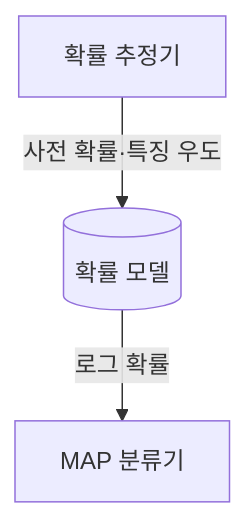
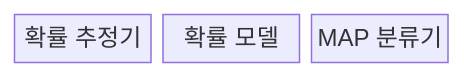
The first of 2 diagrams in src/content/docs/notes/01-basic-theory/051_naive_bayes.md (agnusdei1207/knowledge-base), drawn with Mermaid before and after one commit. The commit also changed other lines of this file and 20 other files, not shown here.

````diff
--- a/src/content/docs/notes/01-basic-theory/051_naive_bayes.md
+++ b/src/content/docs/notes/01-basic-theory/051_naive_bayes.md
@@ -61,8 +59,7 @@
 ```mermaid
-flowchart TB
-    E[확률 추정기]
-    M[(확률 모델)]
-    C[MAP 분류기]
-    E -->|사전 확률·특징 우도| M
-    M -->|로그 확률| C
+block
+    columns 3
+    E["확률 추정기"]
+    M["확률 모델"]
+    C["MAP 분류기"]
 ```
````
